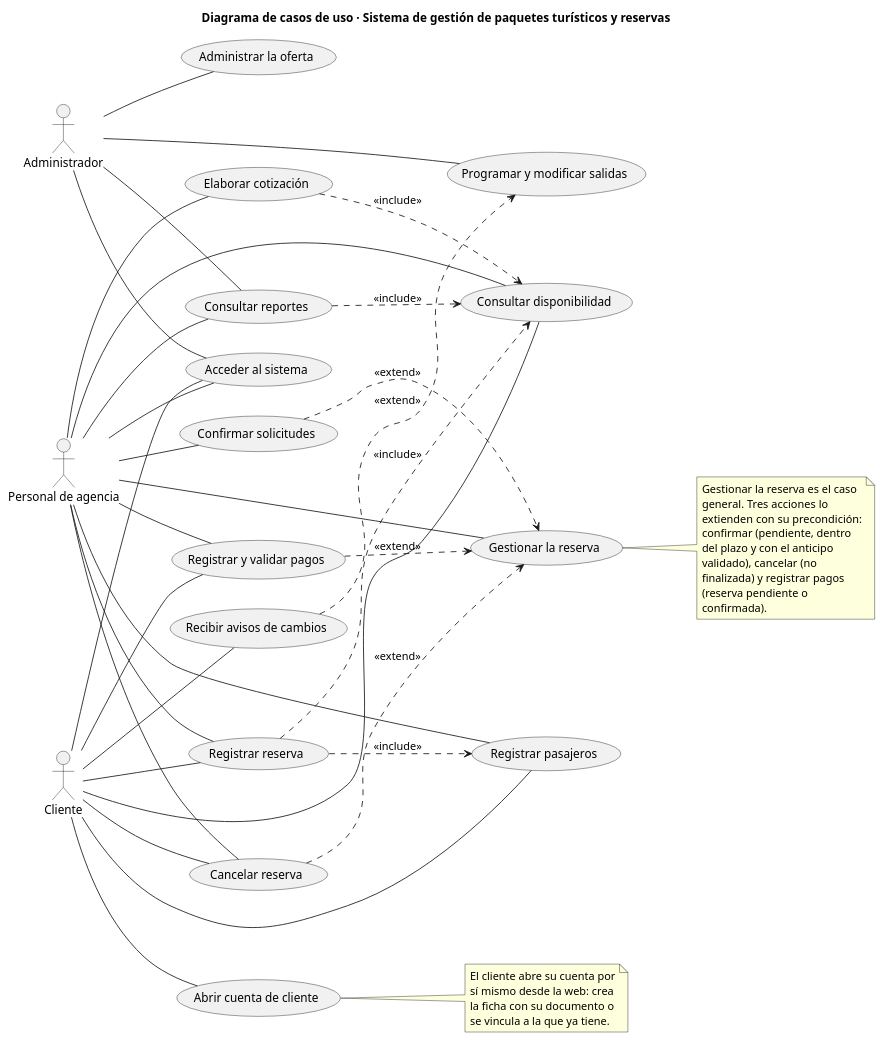
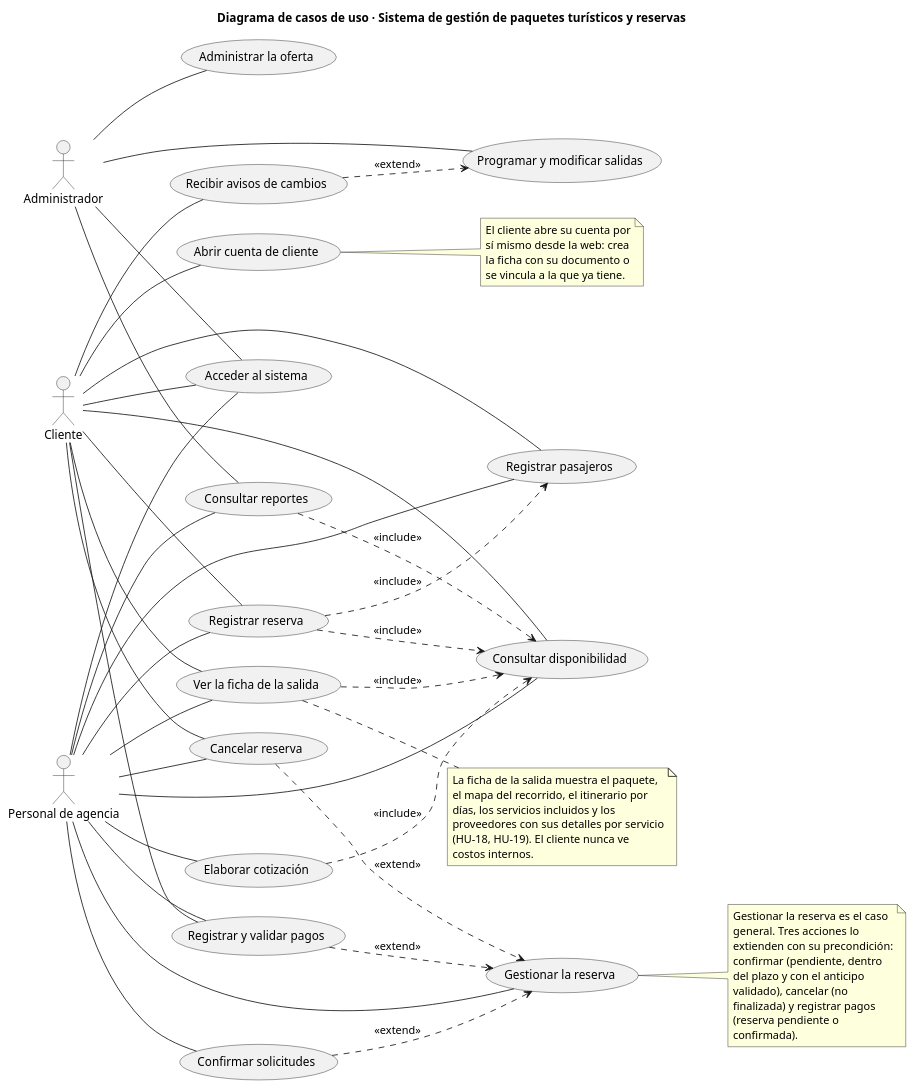
The diagram in sistema/diagramas/uml/casos-uso/casos-uso.puml (fervflow/sis-inf3-proyecto-formativo), drawn with PlantUML before and after one commit. The commit also changed 34 other files, not shown here.

```diff
--- a/sistema/diagramas/uml/casos-uso/casos-uso.puml
+++ b/sistema/diagramas/uml/casos-uso/casos-uso.puml
@@ -1,79 +1,92 @@
 @startuml
 title Diagrama de casos de uso · Sistema de gestión de paquetes turísticos y reservas
-' Los 17 casos de uso del backlog se agrupan en 14 casos de uso del
+' Los 19 casos de uso del backlog se agrupan en 15 casos de uso del
 ' sistema: lo que el actor quiere conseguir, no las tareas internas.
 left to right direction
 actor "Cliente" as CLI
 actor "Personal de agencia" as PER
 actor "Administrador" as ADM
 
 usecase "Acceder al sistema" as UC1
 usecase "Abrir cuenta de cliente" as UC2
 usecase "Administrar la oferta" as UC3
 usecase "Programar y modificar salidas" as UC4
 usecase "Consultar disponibilidad" as UC5
-usecase "Elaborar cotización" as UC6
-usecase "Registrar reserva" as UC7
-usecase "Registrar pasajeros" as UC8
-usecase "Gestionar la reserva" as UC9
-usecase "Confirmar solicitudes" as UC10
-usecase "Cancelar reserva" as UC11
-usecase "Registrar y validar pagos" as UC12
-usecase "Consultar reportes" as UC13
-usecase "Recibir avisos de cambios" as UC14
+usecase "Ver la ficha de la salida" as UC6
+usecase "Elaborar cotización" as UC7
+usecase "Registrar reserva" as UC8
+usecase "Registrar pasajeros" as UC9
+usecase "Gestionar la reserva" as UC10
+usecase "Confirmar solicitudes" as UC11
+usecase "Cancelar reserva" as UC12
+usecase "Registrar y validar pagos" as UC13
+usecase "Consultar reportes" as UC14
+usecase "Recibir avisos de cambios" as UC15
 
 CLI -- UC1
 CLI -- UC2
 CLI -- UC5
-CLI -- UC7
+CLI -- UC6
 CLI -- UC8
-CLI -- UC11
+CLI -- UC9
 CLI -- UC12
-CLI -- UC14
+CLI -- UC13
+CLI -- UC15
 
 PER -- UC1
 PER -- UC5
 PER -- UC6
 PER -- UC7
 PER -- UC8
 PER -- UC9
 PER -- UC10
 PER -- UC11
 PER -- UC12
 PER -- UC13
+PER -- UC14
 
 ADM -- UC1
 ADM -- UC3
 ADM -- UC4
-ADM -- UC13
+ADM -- UC14
 
 ' --- Relaciones entre casos de uso ------------------------------------
+UC7 ..> UC5 : <<include>>
+UC8 ..> UC5 : <<include>>
+UC8 ..> UC9 : <<include>>
+UC14 ..> UC5 : <<include>>
 UC6 ..> UC5 : <<include>>
-UC7 ..> UC5 : <<include>>
-UC7 ..> UC8 : <<include>>
-UC13 ..> UC5 : <<include>>
-UC10 ..> UC9 : <<extend>>
-UC11 ..> UC9 : <<extend>>
-UC12 ..> UC9 : <<extend>>
-UC14 ..> UC4 : <<extend>>
+UC11 ..> UC10 : <<extend>>
+UC12 ..> UC10 : <<extend>>
+UC13 ..> UC10 : <<extend>>
+UC15 ..> UC4 : <<extend>>
 
-note right of UC9
+note right of UC6
+  La ficha de la salida muestra el paquete,
+  el mapa del recorrido, el itinerario por
+  días, los servicios incluidos y los
+  proveedores con sus detalles por servicio
+  (HU-18, HU-19). El cliente nunca ve
+  costos internos.
+end note
+
+note right of UC10
   Gestionar la reserva es el caso
   general. Tres acciones lo
   extienden con su precondición:
   confirmar (pendiente, dentro
   del plazo y con el anticipo
   validado), cancelar (no
   finalizada) y registrar pagos
   (reserva pendiente o
   confirmada).
 end note
 
 note right of UC2
   El cliente abre su cuenta por
   sí mismo desde la web: crea
   la ficha con su documento o
   se vincula a la que ya tiene.
 end note
 
 @enduml
```
